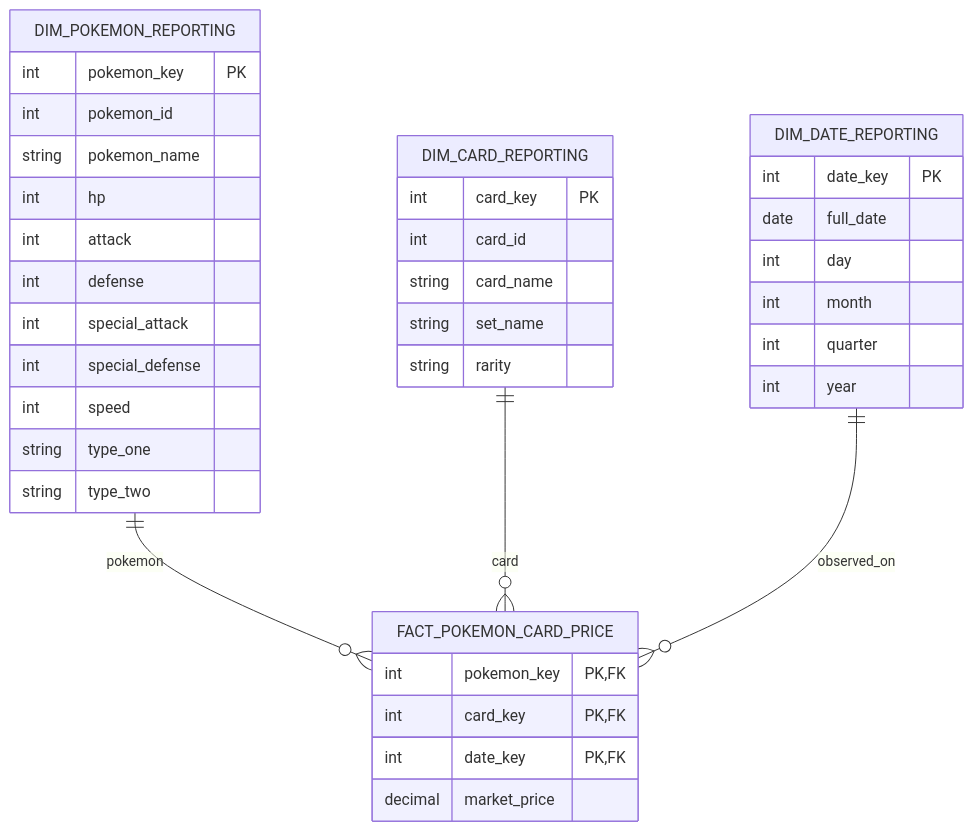
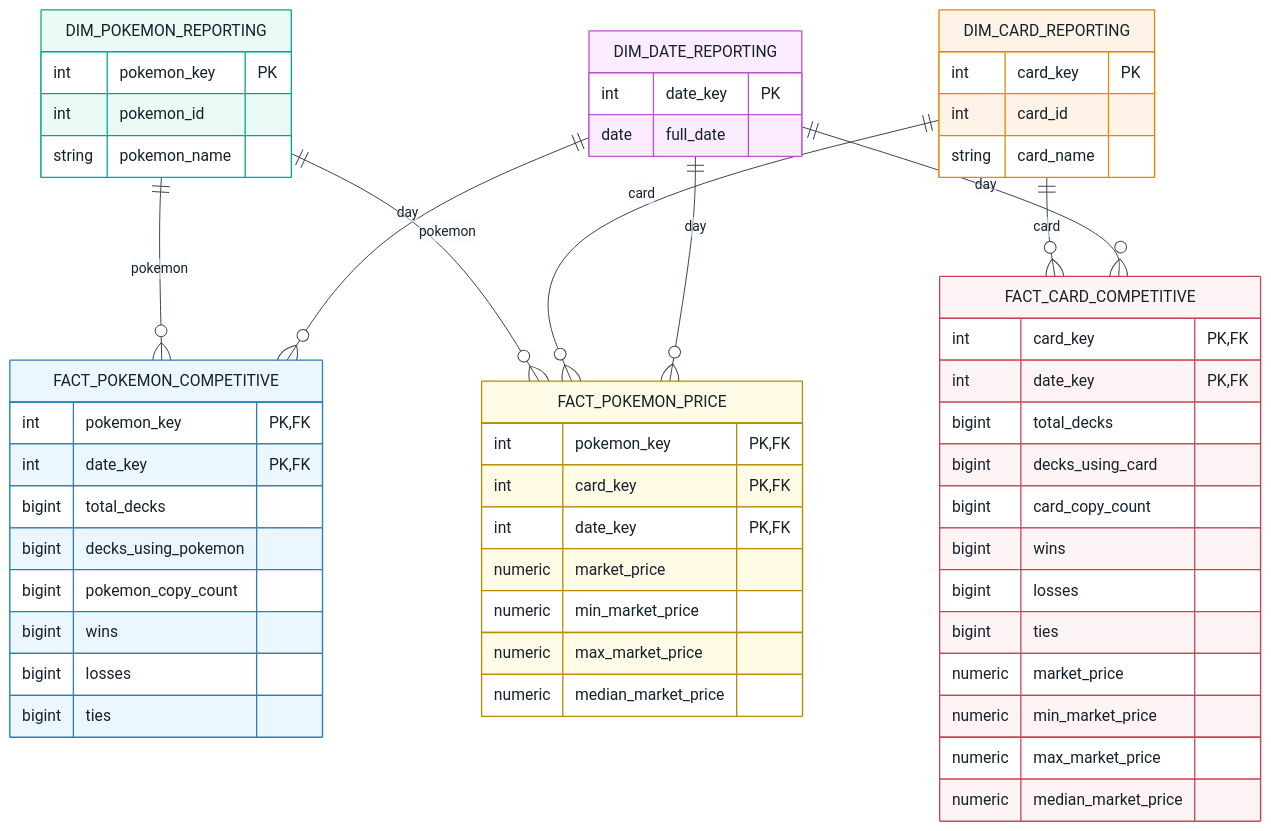
Before and after one commit to Jessyyyca/DVS: the diagram in Reporting-Layer.md, drawn with Mermaid. The commit also changed other lines of this file, not shown here.

First line of the commit message:
Überarbeitung der Reporting-Schicht und Faktentabellen

````diff
--- a/Reporting-Layer.md
+++ b/Reporting-Layer.md
@@ -277,44 +244,64 @@
 ```mermaid
+%%{init: {"theme": "base", "themeVariables": {"primaryTextColor": "#17212b", "lineColor": "#374151", "fontFamily": "Arial"}}}%%
 erDiagram
-    DIM_POKEMON_REPORTING ||--o{ FACT_POKEMON_CARD_PRICE : pokemon
-    DIM_CARD_REPORTING ||--o{ FACT_POKEMON_CARD_PRICE : card
-    DIM_DATE_REPORTING ||--o{ FACT_POKEMON_CARD_PRICE : observed_on
-
     DIM_POKEMON_REPORTING {
         int pokemon_key PK
         int pokemon_id
         string pokemon_name
-        int hp
-        int attack
-        int defense
-        int special_attack
-        int special_defense
-        int speed
-        string type_one
-        string type_two
     }
-
     DIM_CARD_REPORTING {
         int card_key PK
         int card_id
         string card_name
-        string set_name
-        string rarity
     }
-
     DIM_DATE_REPORTING {
         int date_key PK
         date full_date
-        int day
-        int month
-        int quarter
-        int year
     }
-
-    FACT_POKEMON_CARD_PRICE {
+    FACT_POKEMON_COMPETITIVE {
+        int pokemon_key PK,FK
+        int date_key PK,FK
+        bigint total_decks
+        bigint decks_using_pokemon
+        bigint pokemon_copy_count
+        bigint wins
+        bigint losses
+        bigint ties
+    }
+    FACT_CARD_COMPETITIVE {
+        int card_key PK,FK
+        int date_key PK,FK
+        bigint total_decks
+        bigint decks_using_card
+        bigint card_copy_count
+        bigint wins
+        bigint losses
+        bigint ties
+        numeric market_price
+        numeric min_market_price
+        numeric max_market_price
+        numeric median_market_price
+    }
+    FACT_POKEMON_PRICE {
         int pokemon_key PK,FK
         int card_key PK,FK
         int date_key PK,FK
-        decimal market_price
+        numeric market_price
+        numeric min_market_price
+        numeric max_market_price
+        numeric median_market_price
     }
+    DIM_POKEMON_REPORTING ||--o{ FACT_POKEMON_COMPETITIVE : pokemon
+    DIM_DATE_REPORTING ||--o{ FACT_POKEMON_COMPETITIVE : day
+    DIM_CARD_REPORTING ||--o{ FACT_CARD_COMPETITIVE : card
+    DIM_DATE_REPORTING ||--o{ FACT_CARD_COMPETITIVE : day
+    DIM_POKEMON_REPORTING ||--o{ FACT_POKEMON_PRICE : pokemon
+    DIM_CARD_REPORTING ||--o{ FACT_POKEMON_PRICE : card
+    DIM_DATE_REPORTING ||--o{ FACT_POKEMON_PRICE : day
+    style DIM_POKEMON_REPORTING fill:#eafbf5,stroke:#00a78f,color:#17212b
+    style DIM_CARD_REPORTING fill:#fff3e8,stroke:#ea8500,color:#17212b
+    style DIM_DATE_REPORTING fill:#fbecff,stroke:#bb53d0,color:#17212b
+    style FACT_POKEMON_COMPETITIVE fill:#ebf6ff,stroke:#2980b9,color:#17212b
+    style FACT_CARD_COMPETITIVE fill:#fff4f5,stroke:#c74457,color:#17212b
+    style FACT_POKEMON_PRICE fill:#fffbe7,stroke:#b58b00,color:#17212b
 ```
````
